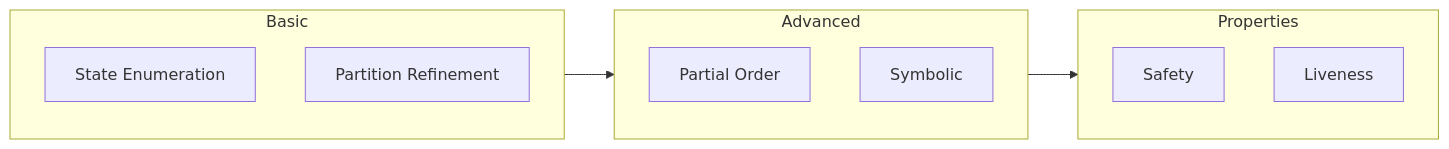
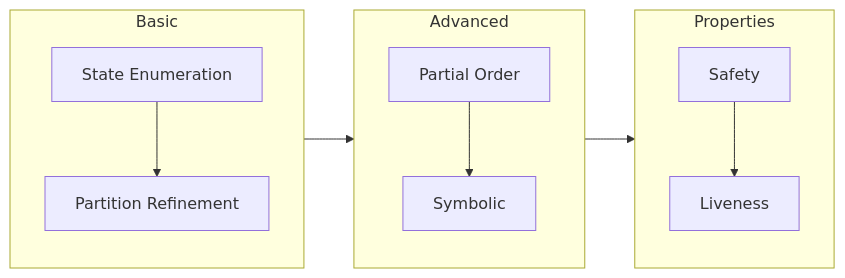
The ninth of 9 diagrams in process-algebra-verifier/docs/theory.md (yshaaban/pa), drawn with Mermaid before and after one commit. The commit also changed other lines of this file, not shown here.

First line of the commit message:
fix: further improve theory.md mermaid diagrams

````diff
--- a/process-algebra-verifier/docs/theory.md
+++ b/process-algebra-verifier/docs/theory.md
@@ -197,27 +227,25 @@
 ```mermaid
 graph LR
-    Enum[State Enumeration]
-    Part[Partition Refinement]
-    POR[Partial Order]
-    Symb[Symbolic]
-    Safety[Safety]
-    Live[Liveness]
-
-    subgraph Basic
-        Enum
-        Part
+    subgraph Basic[Basic]
+        direction TB
+        Enum[State Enumeration]
+        Part[Partition Refinement]
+        Enum --> Part
     end
 
-    subgraph Advanced
-        POR
-        Symb
+    subgraph Advanced[Advanced]
+        direction TB
+        POR[Partial Order]
+        Symb[Symbolic]
+        POR --> Symb
     end
 
-    subgraph Properties
-        Safety
-        Live
+    subgraph Properties[Properties]
+        direction TB
+        Safety[Safety]
+        Live[Liveness]
+        Safety --> Live
     end
 
-    Basic --> Advanced
-    Advanced --> Properties
+    Basic --> Advanced --> Properties
 ```
````
